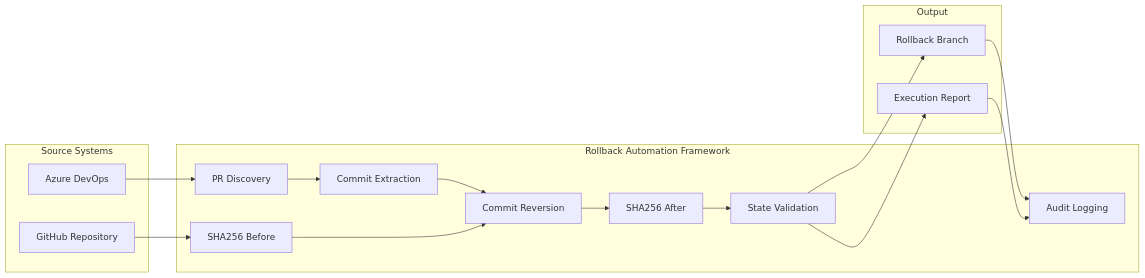
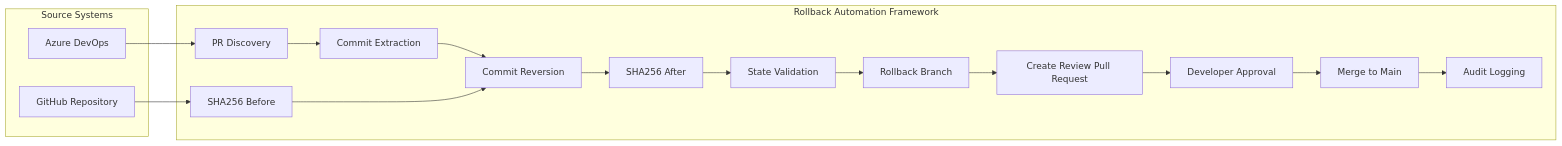
The first of 2 diagrams in README.md (veereshveeruu/azure-rollback-engine-), drawn with Mermaid before and after one commit. The commit also changed other lines of this file and 12 other files, not shown here.

Commit message:
Add automated tests and developer approval workflow

````diff
--- a/README.md
+++ b/README.md
@@ -26,39 +26,39 @@
 ```mermaid
 flowchart LR
 
 subgraph Source Systems
     ADO[Azure DevOps]
     GH[GitHub Repository]
 end
 
 subgraph Rollback Automation Framework
     PR[PR Discovery]
     CM[Commit Extraction]
     SHA1[SHA256 Before]
     REV[Commit Reversion]
     SHA2[SHA256 After]
     VAL[State Validation]
+    RB[Rollback Branch]
+    RPR[Create Review Pull Request]
+    APP[Developer Approval]
+    MERGE[Merge to Main]
     AUD[Audit Logging]
 end
-
-subgraph Output
-    RB[Rollback Branch]
-    REP[Execution Report]
-    end
 
 ADO --> PR
 PR --> CM
 
 GH --> SHA1
 CM --> REV
 
 SHA1 --> REV
 REV --> SHA2
 SHA2 --> VAL
 
 VAL --> RB
-VAL --> REP
+RB --> RPR
+RPR --> APP
+APP --> MERGE
 
-RB --> AUD
-REP --> AUD
+MERGE --> AUD
 ```
````
